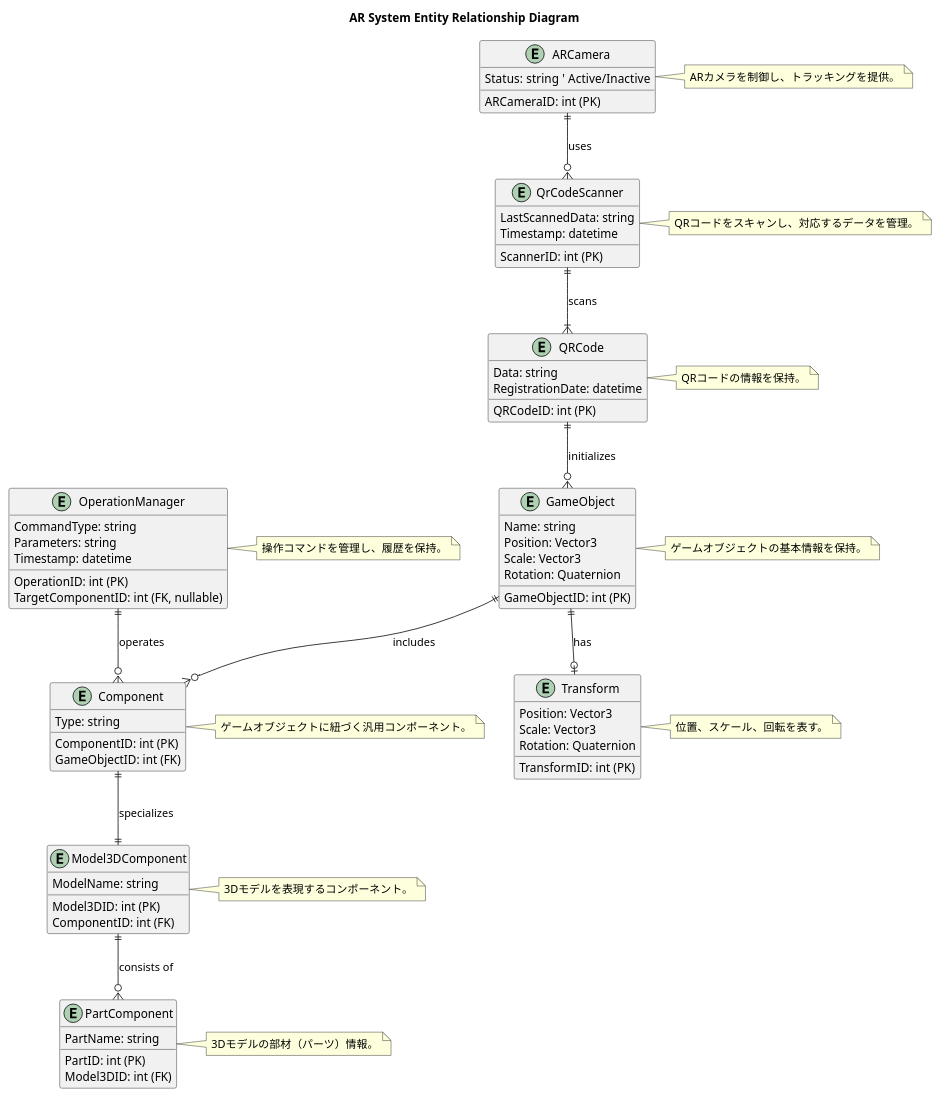
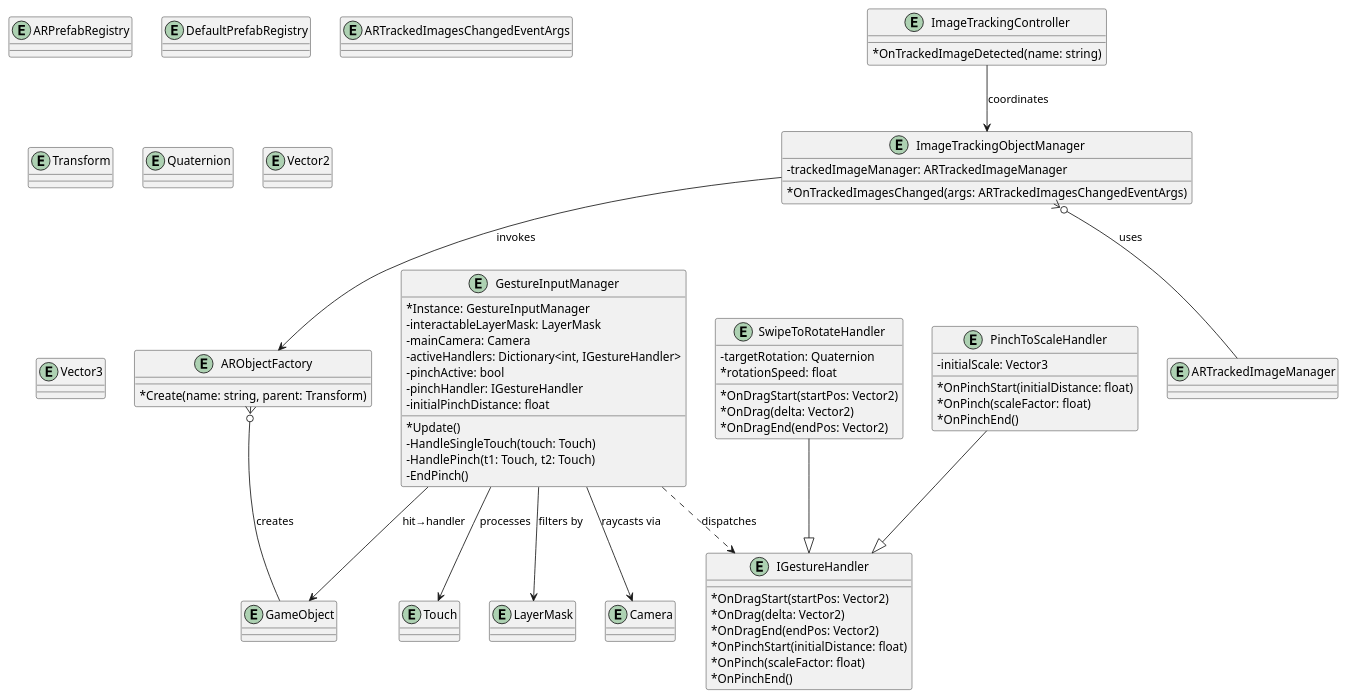
The diagram in Assets/UML/erDiagram.puml (EguchiKaoru/Ameba_AR), drawn with PlantUML before and after one commit. The commit also changed 1 other file, not shown here.

Commit message:
update diagrams

```diff
--- a/Assets/UML/erDiagram.puml
+++ b/Assets/UML/erDiagram.puml
@@ -1,110 +1,86 @@
-@startuml AREntityRelationshipDiagram
+@startuml
 
-title AR System Entity Relationship Diagram
+skinparam classAttributeIconSize 0
 
-' ---- テーブル定義 ----
-entity GameObject {
-    GameObjectID: int (PK)
-    Name: string
-    Position: Vector3
-    Scale: Vector3
-    Rotation: Quaternion
+' --- Entities ---
+entity "ARPrefabRegistry" as ARPrefabRegistry
+entity "DefaultPrefabRegistry" as DefaultPrefabRegistry
+
+entity "ARObjectFactory" as ARObjectFactory {
+  * Create(name: string, parent: Transform)
 }
 
-note right of GameObject
-ゲームオブジェクトの基本情報を保持。
-end note
-
-entity Transform {
-    TransformID: int (PK)
-    Position: Vector3
-    Scale: Vector3
-    Rotation: Quaternion
+entity "IGestureHandler" as IGestureHandler {
+  * OnDragStart(startPos: Vector2)
+  * OnDrag(delta: Vector2)
+  * OnDragEnd(endPos: Vector2)
+  * OnPinchStart(initialDistance: float)
+  * OnPinch(scaleFactor: float)
+  * OnPinchEnd()
 }
 
-note right of Transform
-位置、スケール、回転を表す。
-end note
-
-entity Component {
-    ComponentID: int (PK)
-    GameObjectID: int (FK)
-    Type: string
+entity "PinchToScaleHandler" as PinchToScaleHandler {
+  - initialScale: Vector3
+  * OnPinchStart(initialDistance: float)
+  * OnPinch(scaleFactor: float)
+  * OnPinchEnd()
 }
 
-note right of Component
-ゲームオブジェクトに紐づく汎用コンポーネント。
-end note
-
-entity Model3DComponent {
-    Model3DID: int (PK)
-    ComponentID: int (FK)
-    ModelName: string
+entity "SwipeToRotateHandler" as SwipeToRotateHandler {
+  - targetRotation: Quaternion
+  * rotationSpeed: float
+  * OnDragStart(startPos: Vector2)
+  * OnDrag(delta: Vector2)
+  * OnDragEnd(endPos: Vector2)
 }
 
-note right of Model3DComponent
-3Dモデルを表現するコンポーネント。
-end note
-
-entity PartComponent {
-    PartID: int (PK)
-    Model3DID: int (FK)
-    PartName: string
+entity "GestureInputManager" as GestureInputManager {
+  * Instance: GestureInputManager
+  - interactableLayerMask: LayerMask
+  - mainCamera: Camera
+  - activeHandlers: Dictionary<int, IGestureHandler>
+  - pinchActive: bool
+  - pinchHandler: IGestureHandler
+  - initialPinchDistance: float
+  * Update()
+  - HandleSingleTouch(touch: Touch)
+  - HandlePinch(t1: Touch, t2: Touch)
+  - EndPinch()
 }
 
-note right of PartComponent
-3Dモデルの部材（パーツ）情報。
-end note
-
-entity OperationManager {
-    OperationID: int (PK)
-    CommandType: string
-    TargetComponentID: int (FK, nullable)
-    Parameters: string
-    Timestamp: datetime
+entity "ImageTrackingController" as ImageTrackingController {
+  * OnTrackedImageDetected(name: string)
 }
 
-note right of OperationManager
-操作コマンドを管理し、履歴を保持。
-end note
-
-entity QRCode {
-    QRCodeID: int (PK)
-    Data: string
-    RegistrationDate: datetime
+entity "ImageTrackingObjectManager" as ImageTrackingObjectManager {
+  - trackedImageManager: ARTrackedImageManager
+  * OnTrackedImagesChanged(args: ARTrackedImagesChangedEventArgs)
 }
 
-note right of QRCode
-QRコードの情報を保持。
-end note
+' --- Supporting types ---
+entity "GameObject"
+entity "ARTrackedImageManager"
+entity "ARTrackedImagesChangedEventArgs"
+entity "Touch"
+entity "LayerMask"
+entity "Camera"
+entity "Transform"
+entity "Quaternion"
+entity "Vector2"
+entity "Vector3"
 
-entity ARCamera {
-    ARCameraID: int (PK)
-    Status: string  ' Active/Inactive
-}
+' --- Relationships ---
+ARObjectFactory }o-- GameObject : creates
+ImageTrackingObjectManager }o-- ARTrackedImageManager : uses
+ImageTrackingObjectManager --> ARObjectFactory : invokes
+ImageTrackingController --> ImageTrackingObjectManager : coordinates
 
-note right of ARCamera
-ARカメラを制御し、トラッキングを提供。
-end note
-
-entity QrCodeScanner {
-    ScannerID: int (PK)
-    LastScannedData: string
-    Timestamp: datetime
-}
-
-note right of QrCodeScanner
-QRコードをスキャンし、対応するデータを管理。
-end note
-
-' ---- 関係性定義 ----
-GameObject ||--o| Transform : has
-GameObject ||--o{ Component : includes
-Component ||--|| Model3DComponent : specializes
-Model3DComponent ||--o{ PartComponent : consists of
-QRCode ||--o{ GameObject : initializes
-OperationManager ||--o{ Component : operates
-ARCamera ||--o{ QrCodeScanner : uses
-QrCodeScanner ||--|{ QRCode : scans
+GestureInputManager --> Touch            : processes
+GestureInputManager --> LayerMask        : filters by
+GestureInputManager --> Camera           : raycasts via
+GestureInputManager --> GameObject       : hit→handler
+GestureInputManager ..> IGestureHandler  : dispatches
+PinchToScaleHandler --|> IGestureHandler
+SwipeToRotateHandler --|> IGestureHandler
 
 @enduml
```
